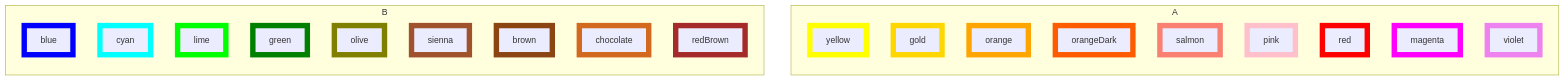
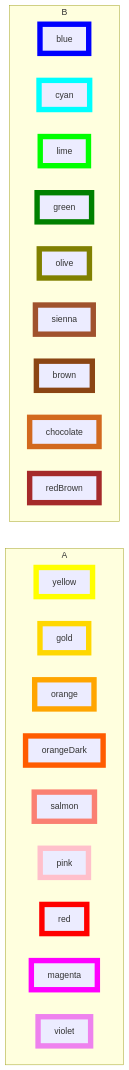
The second of 2 diagrams in files/fill-and-stroke-colors.md (Ee-Cs/Ee-Cs.github.io), drawn with Mermaid before and after one commit.

````diff
--- a/files/fill-and-stroke-colors.md
+++ b/files/fill-and-stroke-colors.md
@@ -28,46 +28,46 @@
 ```mermaid
-flowchart TB
+flowchart LR
 subgraph A
-    direction TB
+    direction LR
     yellow:::yellow
     gold:::gold
     orange:::orange
     orangeDark:::orangeDark
     salmon:::salmon
     pink:::pink
     red:::red
     magenta:::magenta
     violet:::violet
 end
 subgraph B
-    direction TB
+    direction LR
     blue:::blue
     cyan:::cyan
     lime:::lime
     green:::green
     olive:::olive
     sienna:::sienna
     brown:::brown
     chocolate:::chocolate
     redBrown:::redBrown
 end
 %% Styles
     classDef brown stroke:saddlebrown,stroke-width:10px
     classDef blue stroke:blue,stroke-width:10px
     classDef chocolate stroke:chocolate,stroke-width:10px
     classDef cyan stroke:cyan,stroke-width:10px
     classDef gold stroke:gold,stroke-width:10px
     classDef green stroke:green,stroke-width:10px
     classDef lime stroke:lime,stroke-width:10px
     classDef magenta stroke:magenta,stroke-width:10px
     classDef olive stroke:olive,stroke-width:10px
     classDef orange stroke:orange,stroke-width:10px
     classDef orangeDark stroke:#FF5C00,stroke-width:10px
     classDef pink stroke:pink,stroke-width:10px
     classDef red stroke:red,stroke-width:10px
     classDef redBrown stroke:brown,stroke-width:10px
     classDef salmon stroke:salmon,stroke-width:10px
     classDef sienna stroke:sienna,stroke-width:10px
     classDef violet stroke:violet,stroke-width:10px
     classDef yellow stroke:yellow,stroke-width:10px
 ```
````
